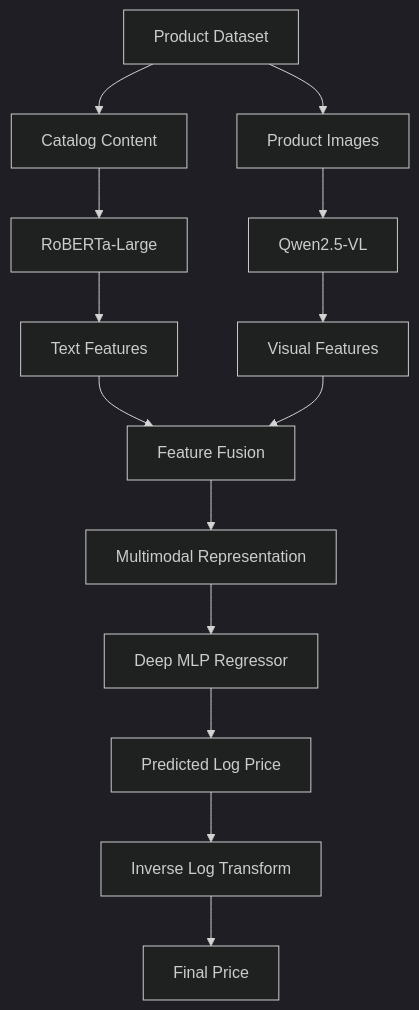
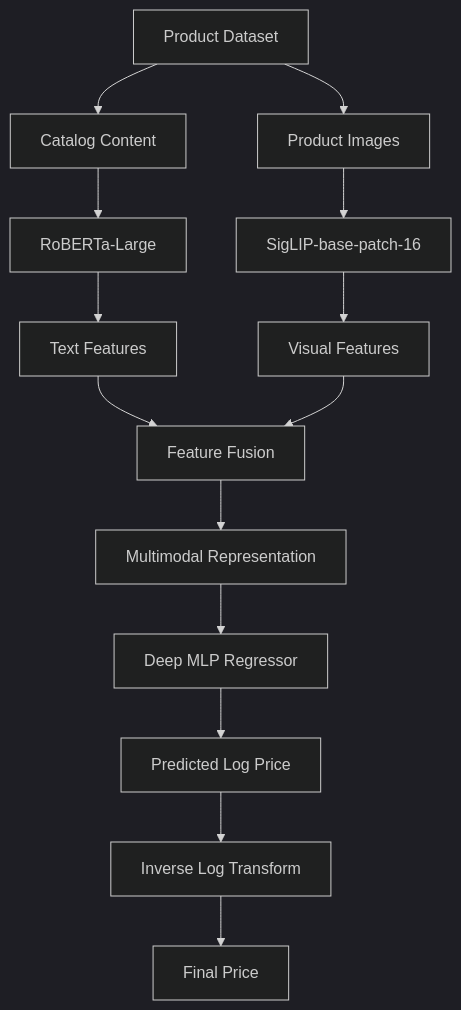
The second of 2 diagrams in README.md (hiten016/MLChallenge2025), drawn with Mermaid (dark theme) before and after one commit. The commit also changed other lines of this file, not shown here.

````diff
--- a/README.md
+++ b/README.md
@@ -73,27 +73,27 @@
 ```mermaid
 flowchart TD
 
     A["Product Dataset"]
 
     A --> B["Catalog Content"]
     A --> C["Product Images"]
 
     B --> D["RoBERTa-Large"]
-    C --> E["Qwen2.5-VL"]
+    C --> E["SigLIP-base-patch-16"]
 
     D --> F["Text Features"]
     E --> G["Visual Features"]
 
     F --> H["Feature Fusion"]
     G --> H
 
     H --> I["Multimodal Representation"]
 
     I --> J["Deep MLP Regressor"]
 
     J --> K["Predicted Log Price"]
 
     K --> L["Inverse Log Transform"]
 
     L --> M["Final Price"]
 ```
````
